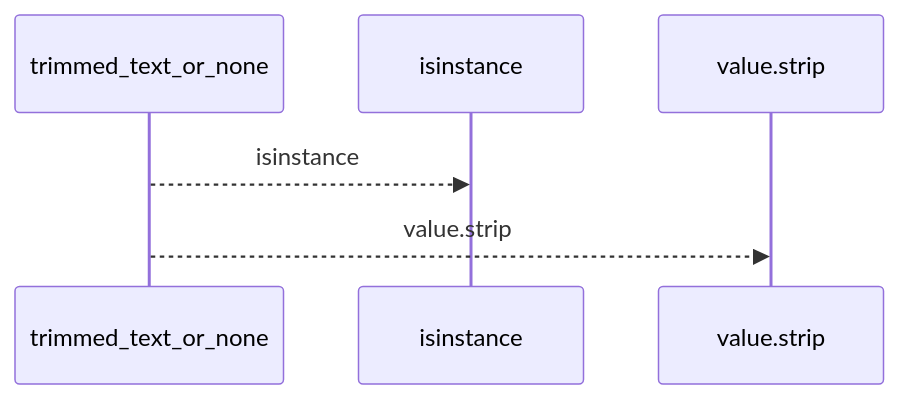
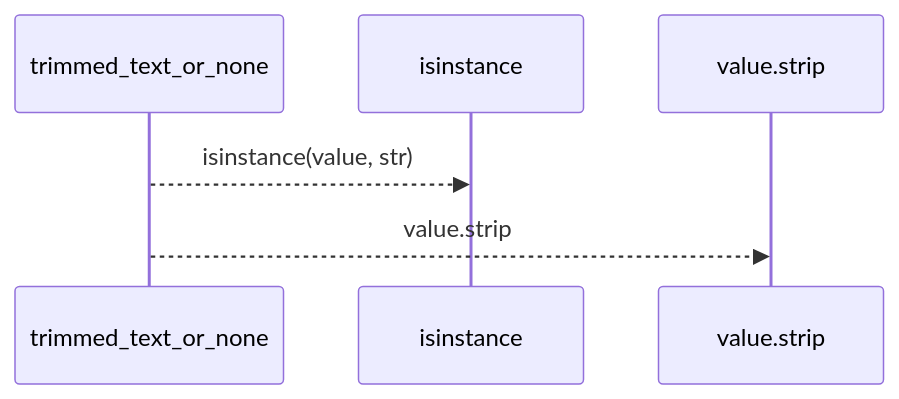
Before and after one commit to Denissvgn/python-wiki-llm: the first of 2 diagrams in docs/llm_wiki/flows/api-trimmed_text_or_none.md, drawn with Mermaid. The commit also changed other lines of this file and 1410 other files, not shown here.

````diff
--- a/docs/llm_wiki/flows/api-trimmed_text_or_none.md
+++ b/docs/llm_wiki/flows/api-trimmed_text_or_none.md
@@ -10,8 +12,8 @@
 ```mermaid
 sequenceDiagram
     participant p0 as trimmed_text_or_none
     participant p1 as isinstance
     participant p2 as value.strip
-    p0-->>p1: isinstance
+    p0-->>p1: isinstance(value, str)
     p0-->>p2: value.strip
 ```
````
